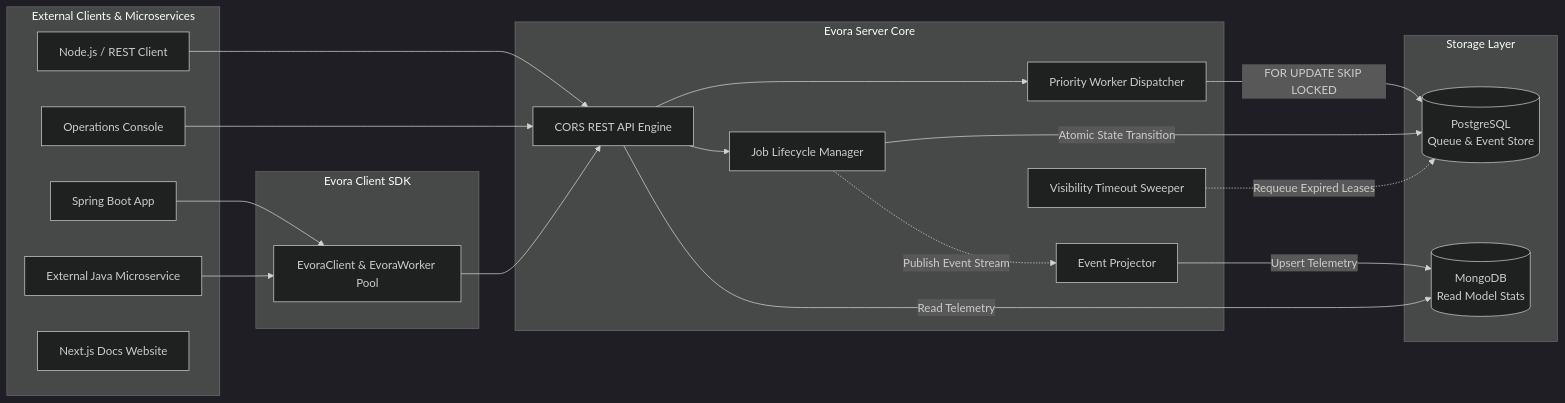
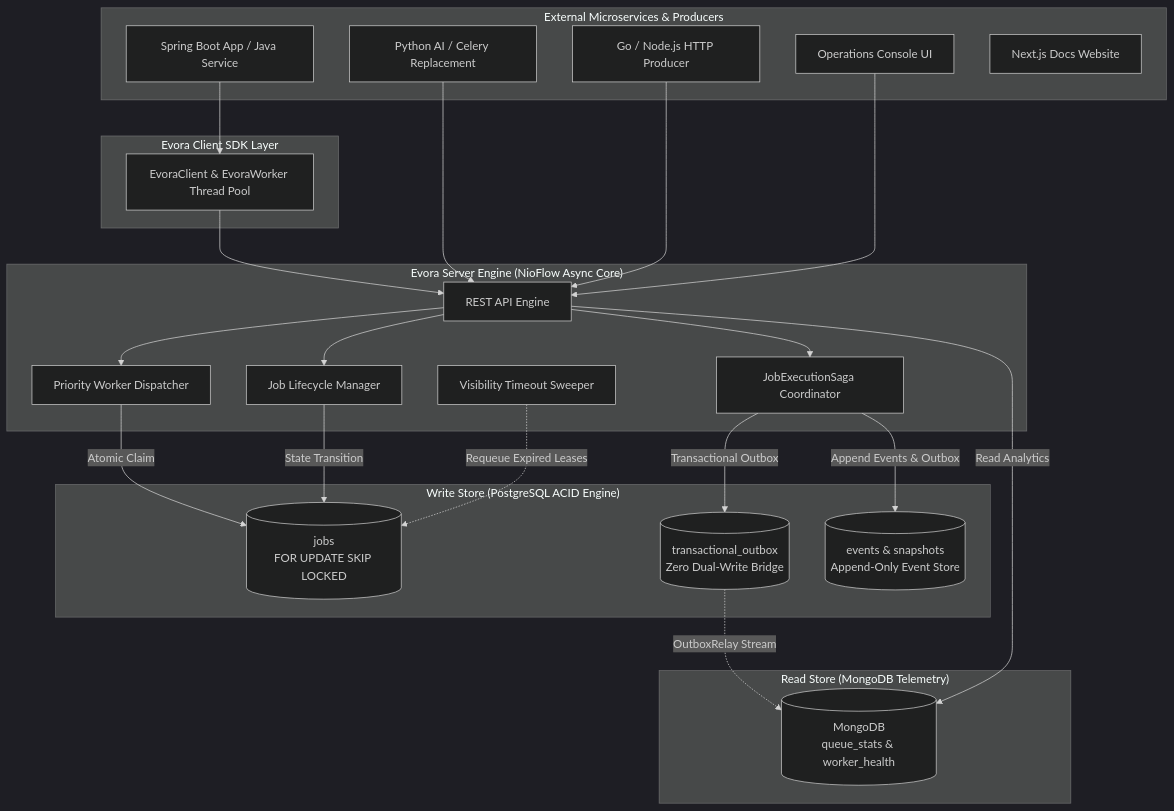
One commit to jhanvi857/Evora changed the diagram in README.md. Above: the diagram before and after it, drawn with Mermaid (dark theme). The commit also changed other lines of this file and 25 other files, not shown here.

Commit message:
feat(docs): redesign site with Black + Burnt Sienna theme, SKIP LOCKED simulator, and 5-tier docs

````diff
--- a/README.md
+++ b/README.md
@@ -28,44 +27,52 @@
 ```mermaid
-graph LR
-    subgraph External Clients & Microservices
-        App1[Spring Boot App]
-        App2[External Java Microservice]
-        App3[Node.js / REST Client]
-        Dash[Operations Console]
+graph TD
+    subgraph "External Microservices & Producers"
+        App1[Spring Boot App / Java Service]
+        App2[Python AI / Celery Replacement]
+        App3[Go / Node.js HTTP Producer]
+        Dash[Operations Console UI]
         Docs[Next.js Docs Website]
     end
 
-    subgraph Evora Client SDK
-        SDK[EvoraClient & EvoraWorker Pool]
+    subgraph "Evora Client SDK Layer"
+        SDK[EvoraClient & EvoraWorker Thread Pool]
     end
 
-    subgraph Evora Server Core
-        API[CORS REST API Engine]
+    subgraph "Evora Server Engine (NioFlow Async Core)"
+        API[REST API Engine]
         Dispatcher[Priority Worker Dispatcher]
         Lifecycle[Job Lifecycle Manager]
         Sweeper[Visibility Timeout Sweeper]
-        Projector[Event Projector]
+        Saga[JobExecutionSaga Coordinator]
     end
 
-    subgraph Storage Layer
-        PG[(PostgreSQL<br>Queue & Event Store)]
-        Mongo[(MongoDB<br>Read Model Stats)]
+    subgraph "Write Store (PostgreSQL ACID Engine)"
+        PG_Jobs[(jobs<br>FOR UPDATE SKIP LOCKED)]
+        PG_Outbox[(transactional_outbox<br>Zero Dual-Write Bridge)]
+        PG_Events[(events & snapshots<br>Append-Only Event Store)]
+    end
+
+    subgraph "Read Store (MongoDB Telemetry)"
+        Mongo[(MongoDB<br>queue_stats & worker_health)]
     end
 
     App1 --> SDK
-    App2 --> SDK
+    SDK --> API
+    App2 --> API
     App3 --> API
     Dash --> API
-    SDK --> API
 
     API --> Dispatcher
     API --> Lifecycle
-    
-    Dispatcher -->|FOR UPDATE SKIP LOCKED| PG
-    Lifecycle -->|Atomic State Transition| PG
-    Sweeper -.->|Requeue Expired Leases| PG
+    API --> Saga
 
-    Lifecycle -.->|Publish Event Stream| Projector
-    Projector -->|Upsert Telemetry| Mongo
-    API -->|Read Telemetry| Mongo
+    Dispatcher -->|Atomic Claim| PG_Jobs
+    Lifecycle -->|State Transition| PG_Jobs
+    Sweeper -.->|Requeue Expired Leases| PG_Jobs
+
+    Saga -->|Append Events & Outbox| PG_Events
+    Saga -->|Transactional Outbox| PG_Outbox
+
+    PG_Outbox -.->|OutboxRelay Stream| Mongo
+    API -->|Read Analytics| Mongo
 ```
````
